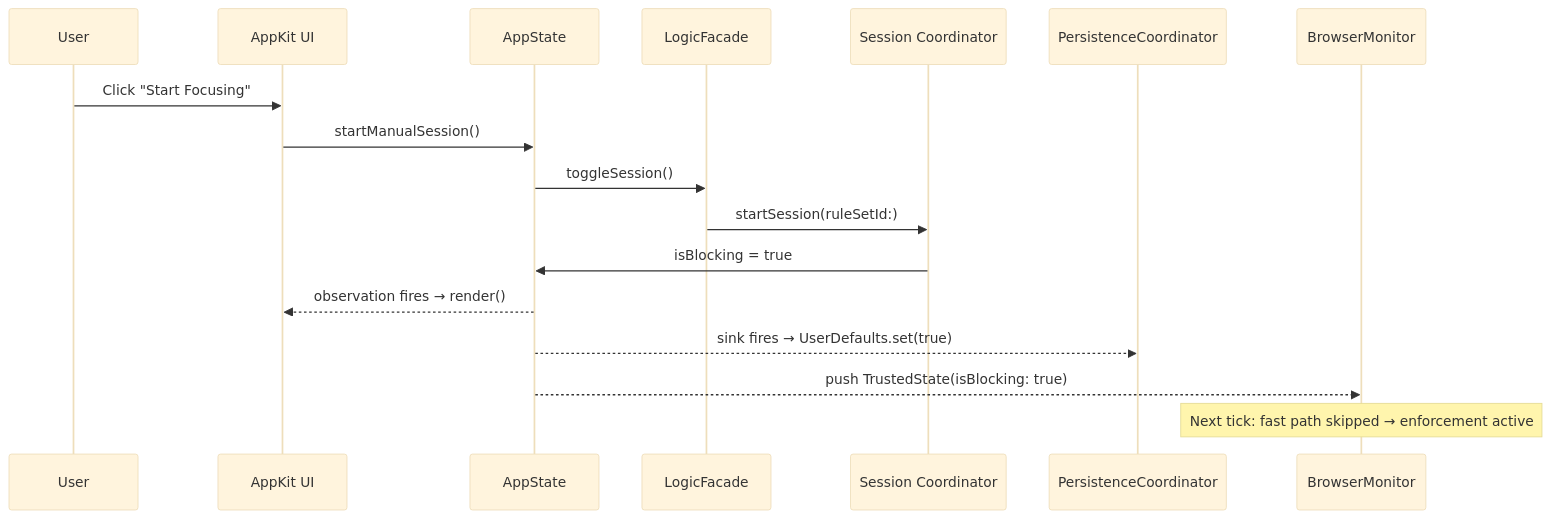
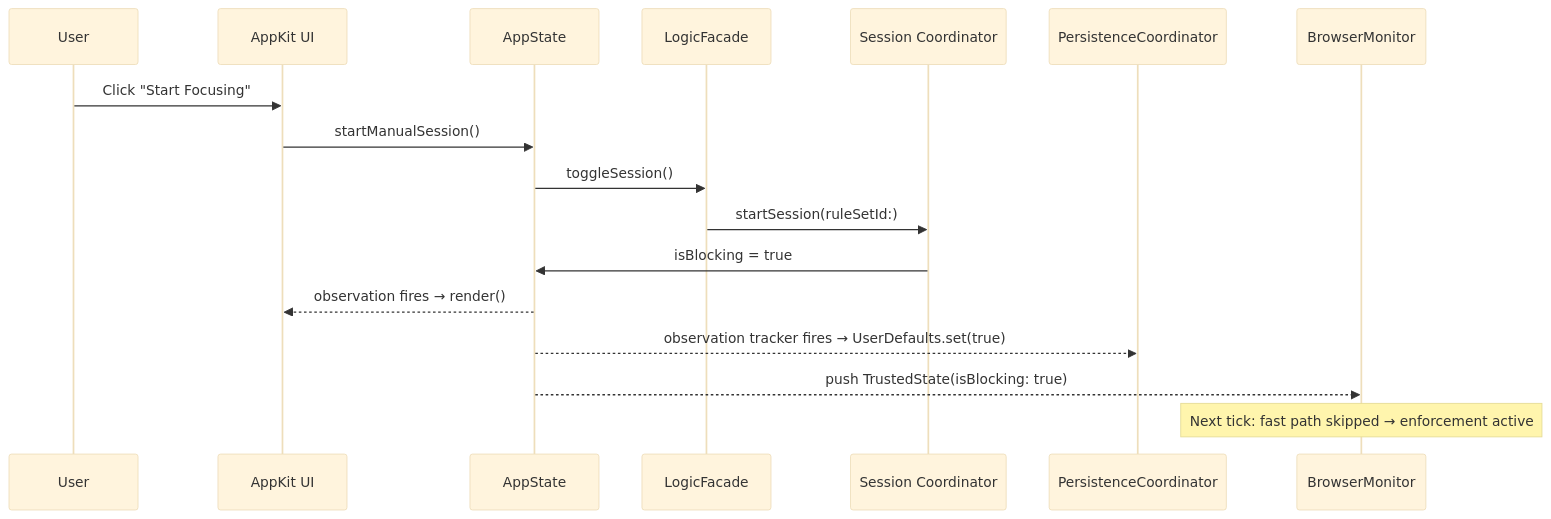
One commit to albibenni/free changed the third of 12 diagrams in Docs/diagrams.md. Above: the diagram before and after it, drawn with Mermaid (base theme). The commit also changed other lines of this file and 1 other file, not shown here.

````diff
--- a/Docs/diagrams.md
+++ b/Docs/diagrams.md
@@ -140,20 +140,20 @@
 ```mermaid
 sequenceDiagram
   participant User
   participant UI as AppKit UI
   participant AS as AppState
   participant Facade as LogicFacade
   participant Coord as Session Coordinator
   participant Persist as PersistenceCoordinator
   participant Monitor as BrowserMonitor
 
   User->>UI: Click "Start Focusing"
   UI->>AS: startManualSession()
   AS->>Facade: toggleSession()
   Facade->>Coord: startSession(ruleSetId:)
   Coord->>AS: isBlocking = true
   AS-->>UI: observation fires → render()
-  AS-->>Persist: sink fires → UserDefaults.set(true)
+  AS-->>Persist: observation tracker fires → UserDefaults.set(true)
   AS-->>Monitor: push TrustedState(isBlocking: true)
   Note over Monitor: Next tick: fast path skipped → enforcement active
 ```
````
